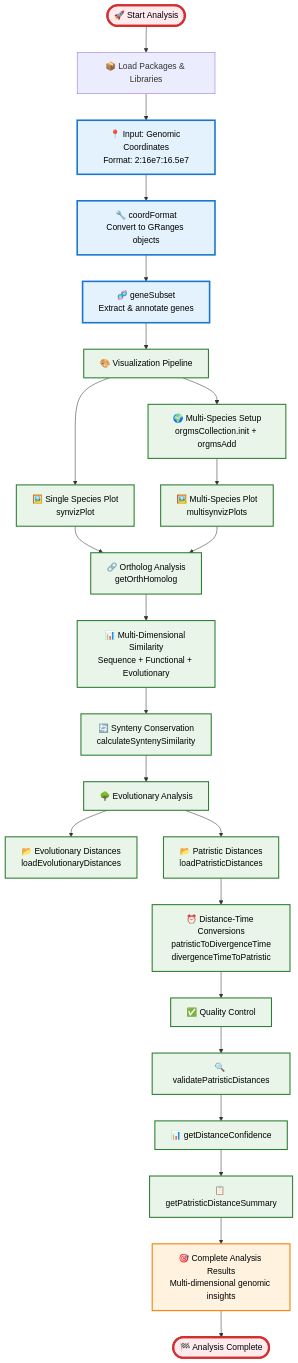
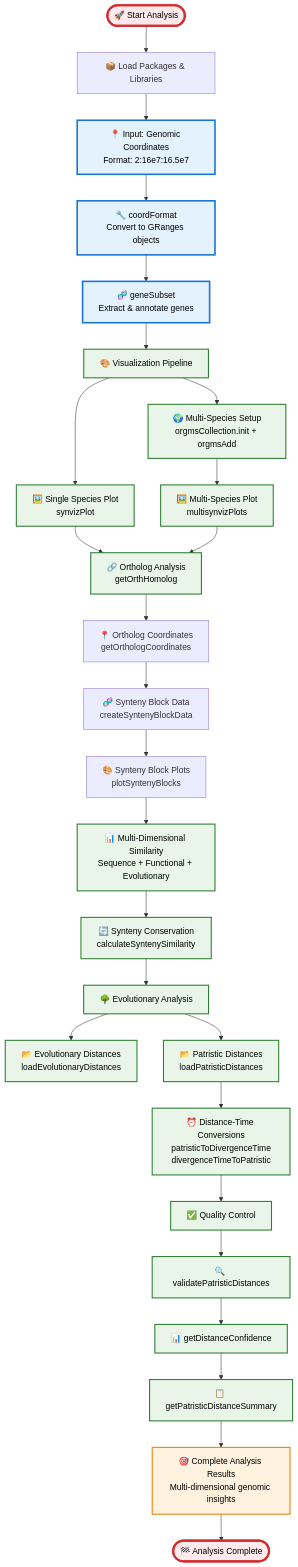
One commit to DPP4ResearchGroup/SyntenyViz changed the diagram in readme_docs/SYNTENYVIZ_WORKFLOW_FLOWCHART.md. Above: the diagram before and after it, drawn with Mermaid. The commit also changed other lines of this file and 29 other files, not shown here.

````diff
--- a/readme_docs/SYNTENYVIZ_WORKFLOW_FLOWCHART.md
+++ b/readme_docs/SYNTENYVIZ_WORKFLOW_FLOWCHART.md
@@ -9,50 +9,53 @@
 ```mermaid
 flowchart TD
     %% Start and Setup
     START([🚀 Start Analysis]) --> SETUP[📦 Load Packages & Libraries]
     
     %% Core Data Pipeline
     SETUP --> INPUT["📍 Input: Genomic Coordinates<br/>Format: 2:16e7:16.5e7"]
     INPUT --> COORD_FORMAT[🔧 coordFormat<br/>Convert to GRanges objects]
     COORD_FORMAT --> GENE_SUBSET[🧬 geneSubset<br/>Extract & annotate genes]
     GENE_SUBSET --> VISUALIZATION[🎨 Visualization Pipeline]
     
     %% Visualization Branch
     VISUALIZATION --> SINGLE_PLOT[🖼️ Single Species Plot<br/>synvizPlot]
     VISUALIZATION --> MULTI_SETUP[🌍 Multi-Species Setup<br/>orgmsCollection.init + orgmsAdd]
     MULTI_SETUP --> MULTI_PLOT[🖼️ Multi-Species Plot<br/>multisynvizPlots]
     
     %% Analysis Pipeline
     SINGLE_PLOT --> ORTHOLOGS[🔗 Ortholog Analysis<br/>getOrthHomolog]
     MULTI_PLOT --> ORTHOLOGS
-    ORTHOLOGS --> SIMILARITY[📊 Multi-Dimensional Similarity<br/>Sequence + Functional + Evolutionary]
+    ORTHOLOGS --> ORTHO_COORDS[📍 Ortholog Coordinates<br/>getOrthologCoordinates]
+    ORTHO_COORDS --> SYNTENY_BLOCKS[🧬 Synteny Block Data<br/>createSyntenyBlockData]
+    SYNTENY_BLOCKS --> SYNTENY_PLOTS[🎨 Synteny Block Plots<br/>plotSyntenyBlocks]
+    SYNTENY_PLOTS --> SIMILARITY[📊 Multi-Dimensional Similarity<br/>Sequence + Functional + Evolutionary]
     SIMILARITY --> SYNTENY[🔄 Synteny Conservation<br/>calculateSyntenySimilarity]
     
     %% Evolutionary Analysis
     SYNTENY --> EVOLUTIONARY[🌳 Evolutionary Analysis]
     EVOLUTIONARY --> EVO_DIST[📂 Evolutionary Distances<br/>loadEvolutionaryDistances]
     EVOLUTIONARY --> PAT_DIST[📂 Patristic Distances<br/>loadPatristicDistances]
     PAT_DIST --> CONVERSIONS[⏰ Distance-Time Conversions<br/>patristicToDivergenceTime<br/>divergenceTimeToPatristic]
     
     %% Quality Control
     CONVERSIONS --> VALIDATION[✅ Quality Control]
     VALIDATION --> VALIDATE[🔍 validatePatristicDistances]
     VALIDATE --> CONFIDENCE[📊 getDistanceConfidence]
     CONFIDENCE --> SUMMARY[📋 getPatristicDistanceSummary]
     
     %% Final Output
     SUMMARY --> FINAL[🎯 Complete Analysis Results<br/>Multi-dimensional genomic insights]
     FINAL --> END([🏁 Analysis Complete])
     
     %% Enhanced Styling
     classDef inputBox fill:#e3f2fd,stroke:#1976d2,stroke-width:3px,color:#000
     classDef processBox fill:#e8f5e8,stroke:#2e7d32,stroke-width:2px,color:#000
     classDef outputBox fill:#fff3e0,stroke:#f57c00,stroke-width:2px,color:#000
     classDef analysisBox fill:#f3e5f5,stroke:#7b1fa2,stroke-width:2px,color:#000
     classDef startEndBox fill:#ffebee,stroke:#d32f2f,stroke-width:4px,color:#000
     
     class INPUT,COORD_FORMAT,GENE_SUBSET inputBox
     class VISUALIZATION,SINGLE_PLOT,MULTI_SETUP,MULTI_PLOT,ORTHOLOGS,SIMILARITY,SYNTENY,EVOLUTIONARY,EVO_DIST,PAT_DIST,CONVERSIONS,VALIDATION,VALIDATE,CONFIDENCE,SUMMARY processBox
     class FINAL outputBox
     class START,END startEndBox
 ```
````
